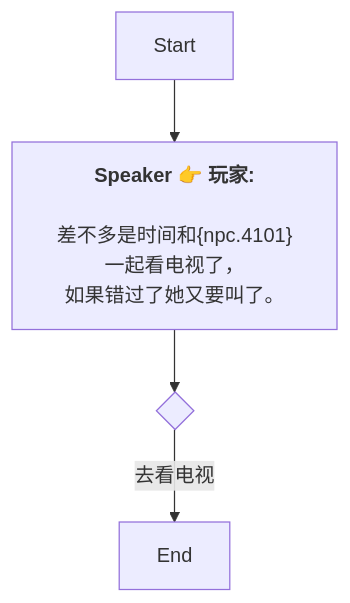
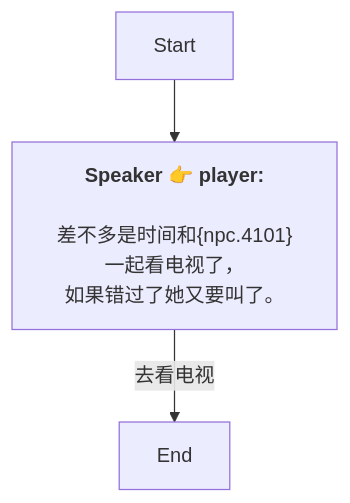
Before and after one commit to SoftHu/tos_avg: the diagram in Zh/QuestStartTalkENode_1751905447257812.md, drawn with Mermaid. The commit also changed 737 other files, not shown here.

````diff
--- a/Zh/QuestStartTalkENode_1751905447257812.md
+++ b/Zh/QuestStartTalkENode_1751905447257812.md
@@ -1,10 +1,8 @@
 ```mermaid
 graph
-Start -->1751905462132439[<b>Speaker 👉 玩家:</b>
+Start -->1751905462132439[<b>Speaker 👉 player:</b>
+\n差不多是时间和&lbrace;npc.4101&rbrace;一起看电视了，
+如果错过了她又要叫了。]
+1751905462132439 -->|去看电视|1751905504163547[End]
 
-差不多是时间和&lbrace;npc.4101&rbrace;一起看电视了，
-如果错过了她又要叫了。]
-1751905462132439 -->1751905497477848{ }
-1751905497477848 -->|去看电视|1751905504163547[End]
-
- ```
+```
````
